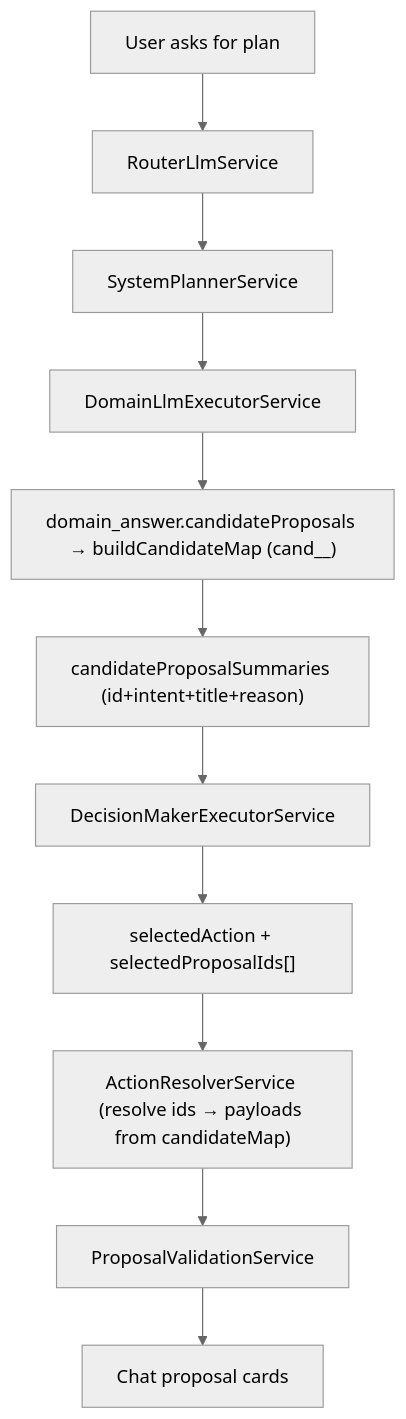
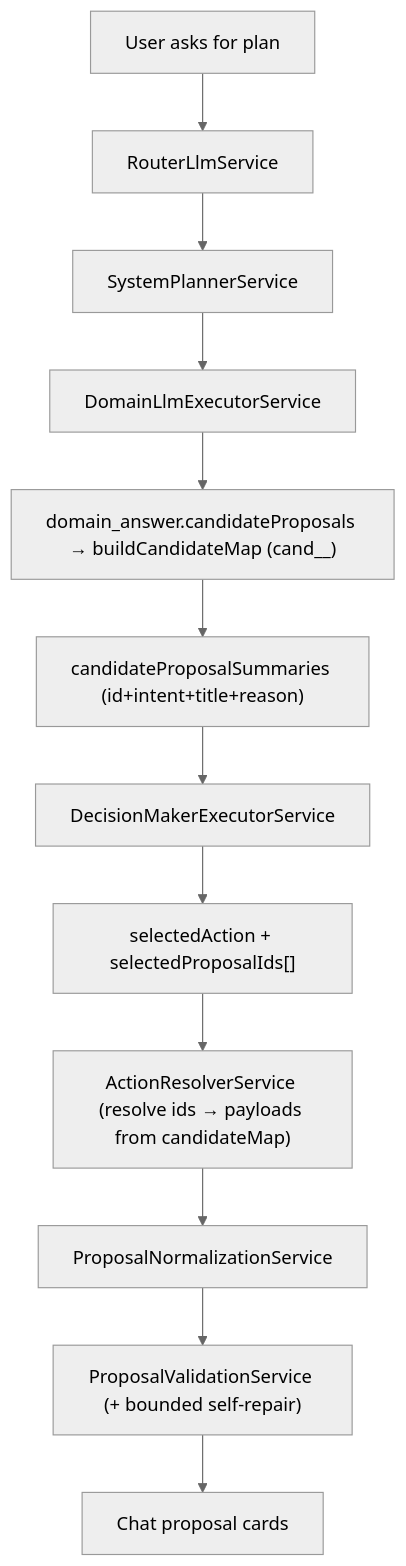
The third of 3 diagrams in docs/architecture/llm-pipeline.md (IldarRash/HealthTracer), drawn with Mermaid (neutral theme) before and after one commit. The commit also changed other lines of this file and 71 other files, not shown here.

First line of the commit message:
feat(proposals): pipeline hardening — per-intent normalization, self-repair retry, domain-step structured outputs, tolerant client contract

````diff
--- a/docs/architecture/llm-pipeline.md
+++ b/docs/architecture/llm-pipeline.md
@@ -1349,13 +1490,14 @@
 ```mermaid
 flowchart TD
   userTurn["User asks for plan"] --> router["RouterLlmService"]
   router --> planner["SystemPlannerService"]
   planner --> domain["DomainLlmExecutorService"]
   domain --> candidates["domain_answer.candidateProposals → buildCandidateMap (cand_<domain>_<index>)"]
   candidates --> summaries["candidateProposalSummaries (id+intent+title+reason)"]
   summaries --> decision["DecisionMakerExecutorService"]
   decision --> selected["selectedAction + selectedProposalIds[]"]
   selected --> resolver["ActionResolverService (resolve ids → payloads from candidateMap)"]
-  resolver --> validation["ProposalValidationService"]
+  resolver --> normalization["ProposalNormalizationService"]
+  normalization --> validation["ProposalValidationService (+ bounded self-repair)"]
   validation --> cards["Chat proposal cards"]
 ```
````
